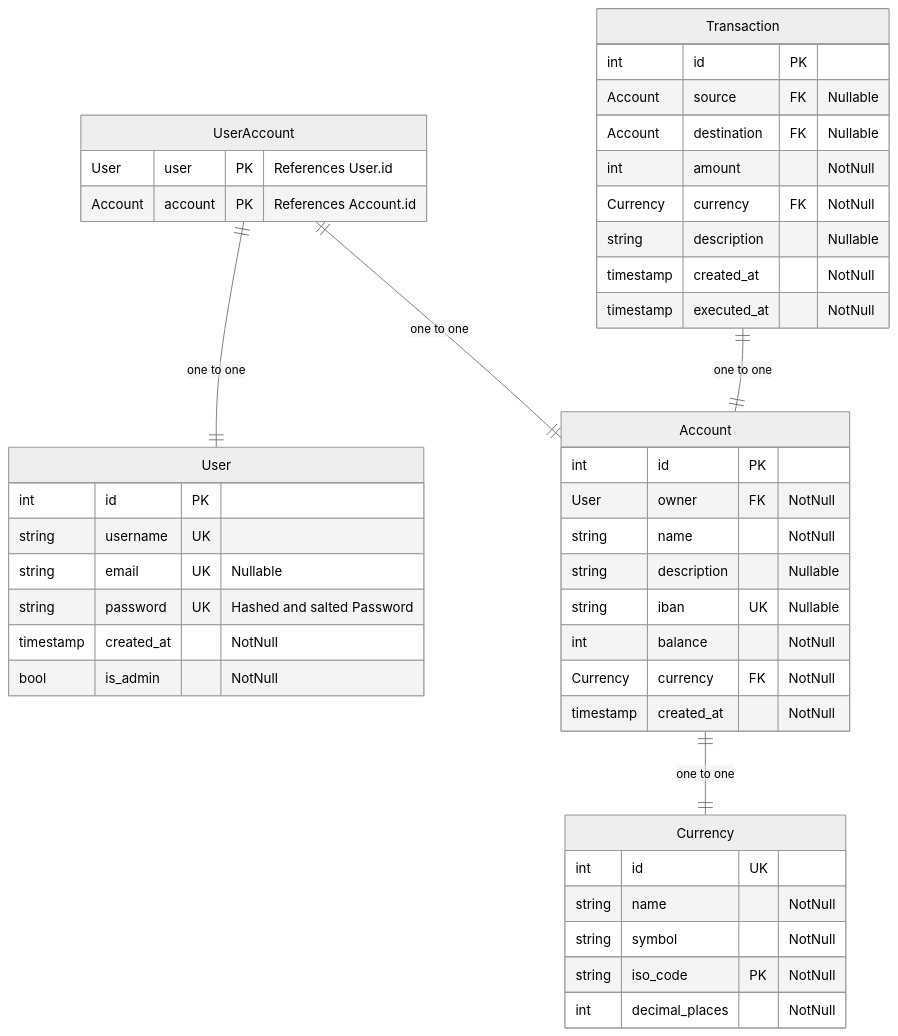
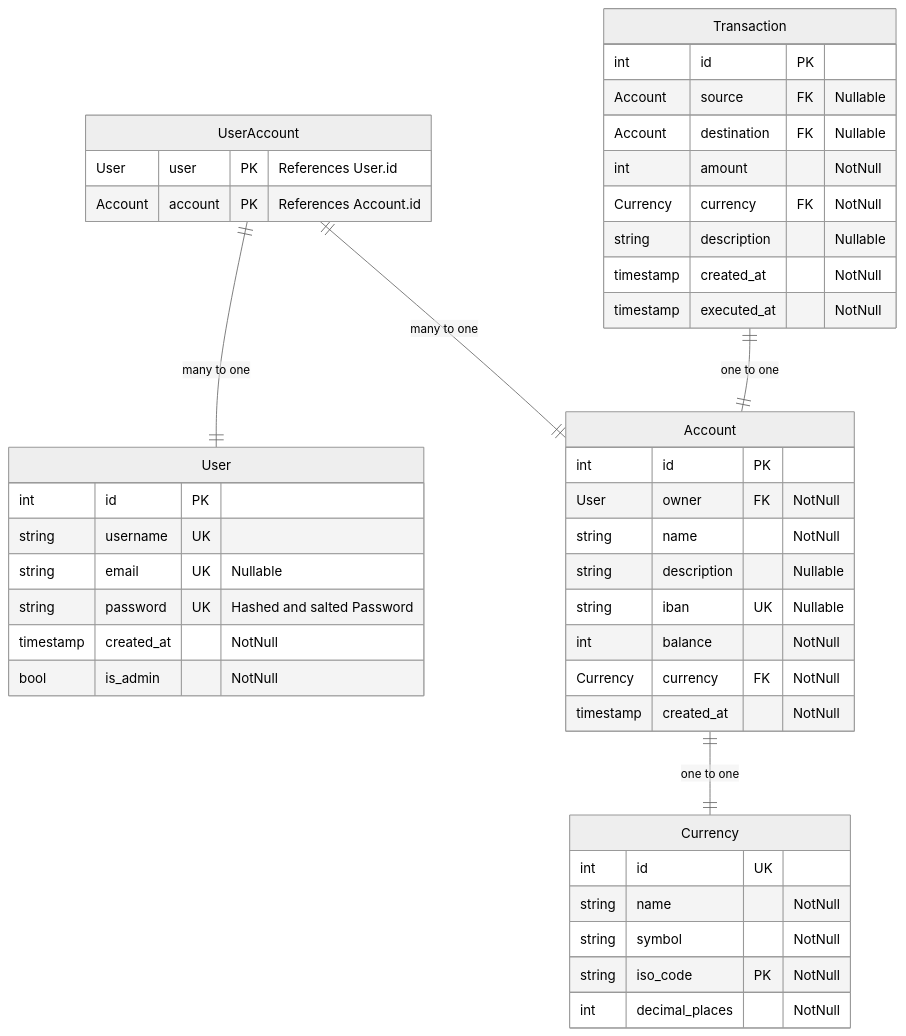
The diagram in src/db/README.md (jt-foss/financrr-app), drawn with Mermaid (neutral theme) before and after one commit.

````diff
--- a/src/db/README.md
+++ b/src/db/README.md
@@ -5,51 +5,51 @@
 ```mermaid
 
 erDiagram
 	Currency {
 		int id UK
 		string name "NotNull"
 		string symbol "NotNull"
 		string iso_code PK "NotNull"
 		int decimal_places "NotNull"
 	}
 
 	User {
 		int id PK
 		string username UK
 		string email UK "Nullable"
 		string password UK "Hashed and salted Password"
 		timestamp created_at "NotNull"
 		bool is_admin "NotNull"
 	}
 
 	Account {
 		int id PK
 		User owner FK "NotNull"
 		string name "NotNull"
 		string description "Nullable"
 		string iban UK "Nullable"
 		int balance "NotNull"
 		Currency currency FK "NotNull"
 		timestamp created_at "NotNull"
 	}
 	Account ||--|| Currency: "one to one"
 
 	UserAccount {
 		User user PK "References User.id"
 		Account account PK "References Account.id"
 	}
-	UserAccount ||--|| User: "one to one"
-	UserAccount ||--|| Account: "one to one"
+	UserAccount ||--|| User: "many to one"
+	UserAccount ||--|| Account: "many to one"
 
 	Transaction {
 		int id PK
 		Account source FK "Nullable"
 		Account destination FK "Nullable"
 		int amount "NotNull"
 		Currency currency FK "NotNull"
 		string description "Nullable"
 		timestamp created_at "NotNull"
 		timestamp executed_at "NotNull"
 	}
 	Transaction ||--|| Account: "one to one"
 ```
````
